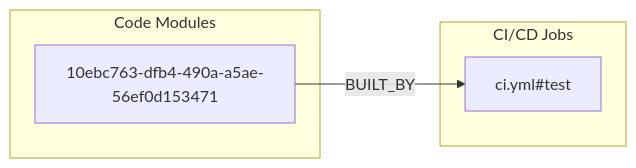
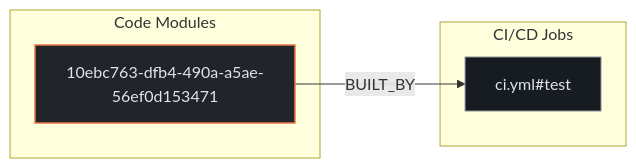
Before and after one commit to kumarshaz/atruss-code-atlas: the second of 3 diagrams in exports/latest/reports/plausible-ch-report.md, drawn with Mermaid. The commit also changed other lines of this file and 331 other files, not shown here.

Commit message:
docs,ui,fix: update SDLC docs, reorder CI/CD DAG first, stylize Mermaid, and fix Arc42 pipeline topology

````diff
--- a/exports/latest/reports/plausible-ch-report.md
+++ b/exports/latest/reports/plausible-ch-report.md
@@ -131,10 +138,14 @@
 ```mermaid
 flowchart LR
+    classDef atlasCategory fill:#212428,stroke:#E87A48,stroke-width:1.5px,color:#dfe3eb
+    classDef atlasWorkflow fill:#1b2026,stroke:#a3c9ff,stroke-width:1.5px,color:#dfe3eb
+    classDef atlasJob fill:#171c22,stroke:#8d9199,stroke-width:1px,color:#dfe3eb
+    classDef atlasTarget fill:#005227,stroke:#8bd99b,stroke-width:1.5px,color:#a7f6b6
     subgraph code_modules["Code Modules"]
-        mod_10ebc763_dfb4_490a_a5ae_56ef0d153471["10ebc763-dfb4-490a-a5ae-56ef0d153471"]
+        mod_10ebc763_dfb4_490a_a5ae_56ef0d153471["10ebc763-dfb4-490a-a5ae-56ef0d153471"]:::atlasCategory
     end
     subgraph ci_jobs["CI/CD Jobs"]
-        job_ci_yml_test["ci.yml#test"]
+        job_ci_yml_test["ci.yml#test"]:::atlasJob
     end
     mod_10ebc763_dfb4_490a_a5ae_56ef0d153471 -->|BUILT_BY| job_ci_yml_test
 ```
````
